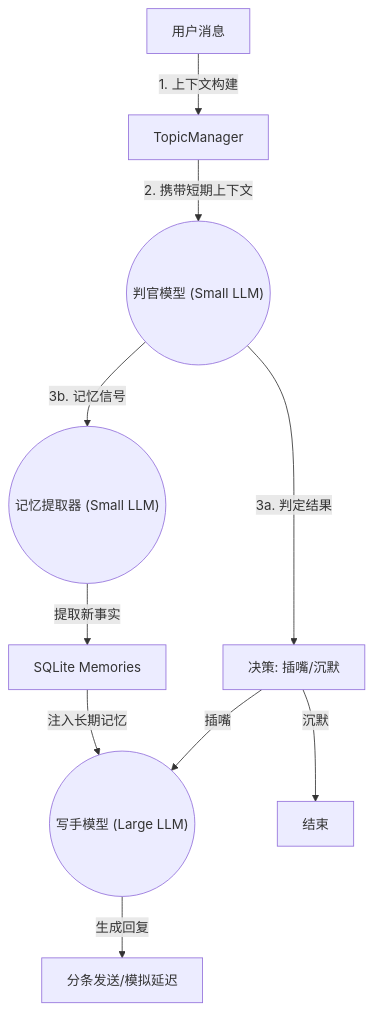
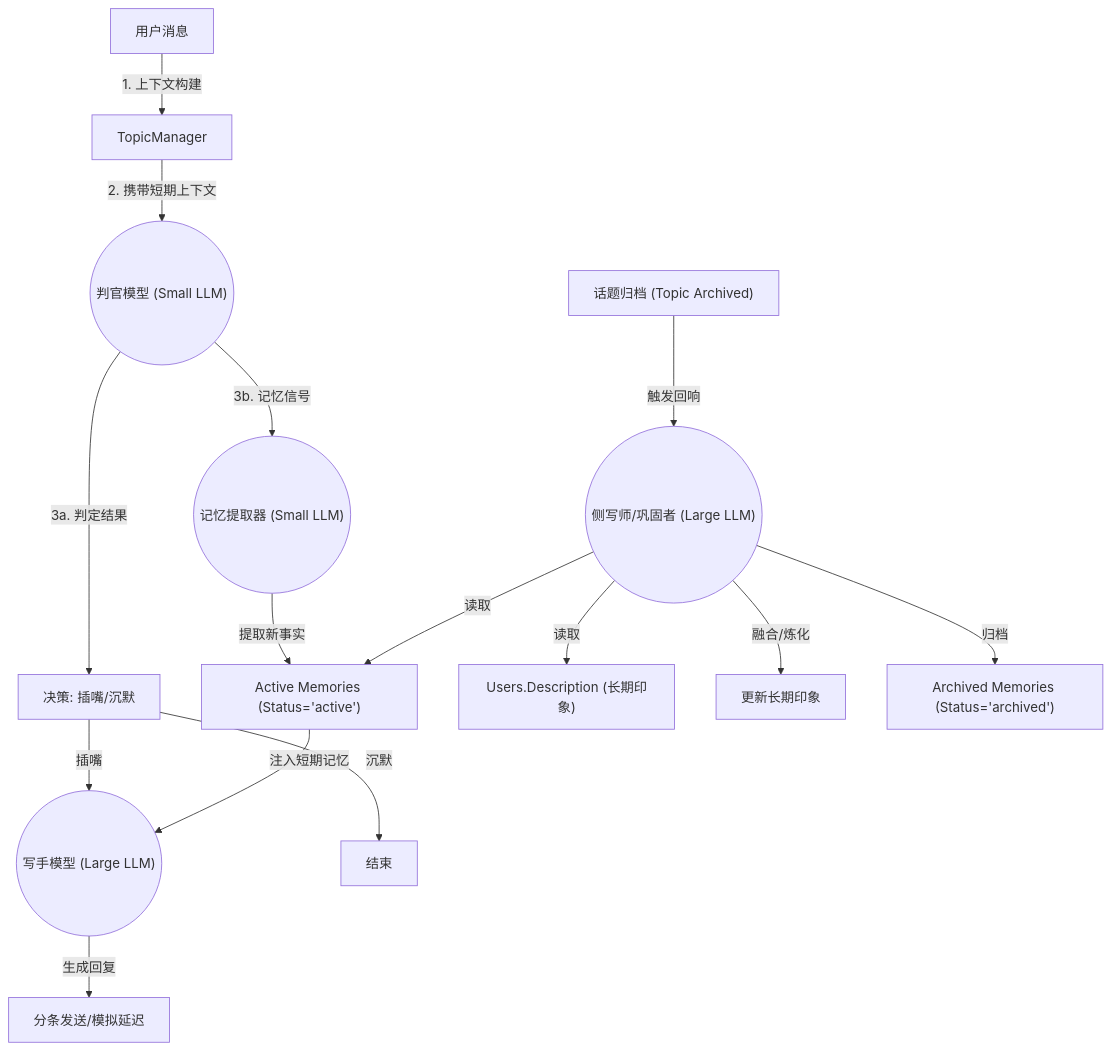
The diagram in docs/prd.md (LeNotFound/QJinEra), drawn with Mermaid before and after one commit. The commit also changed other lines of this file and 7 other files, not shown here.

````diff
--- a/docs/prd.md
+++ b/docs/prd.md
@@ -43,16 +43,22 @@
 ```mermaid
 graph TD
     User["用户消息"] -->|"1. 上下文构建"| TopicManager["TopicManager"]
     TopicManager -->|"2. 携带短期上下文"| Judge(("判官模型 (Small LLM)"))
     
     Judge -->|"3a. 判定结果"| Decision["决策: 插嘴/沉默"]
     Judge -->|"3b. 记忆信号"| Extractor(("记忆提取器 (Small LLM)"))
     
     Decision -->|"插嘴"| Writer(("写手模型 (Large LLM)"))
     Decision -->|"沉默"| End["结束"]
     
-    Extractor -->|"提取新事实"| DB["SQLite Memories"]
-    DB -->|"注入长期记忆"| Writer
+    Extractor -->|"提取新事实"| ActiveMem["Active Memories (Status='active')"]
+    ActiveMem -->|"注入短期记忆"| Writer
     
     Writer -->|"生成回复"| Output["分条发送/模拟延迟"]
+
+    EndTopic["话题归档 (Topic Archived)"] -->|"触发回响"| Consolidator(("侧写师/巩固者 (Large LLM)"))
+    Consolidator -->|"读取"| ActiveMem
+    Consolidator -->|"读取"| UserDesc["Users.Description (长期印象)"]
+    Consolidator -->|"融合/炼化"| NewDesc["更新长期印象"]
+    Consolidator -->|"归档"| ArchivedMem["Archived Memories (Status='archived')"]
 ```
````
